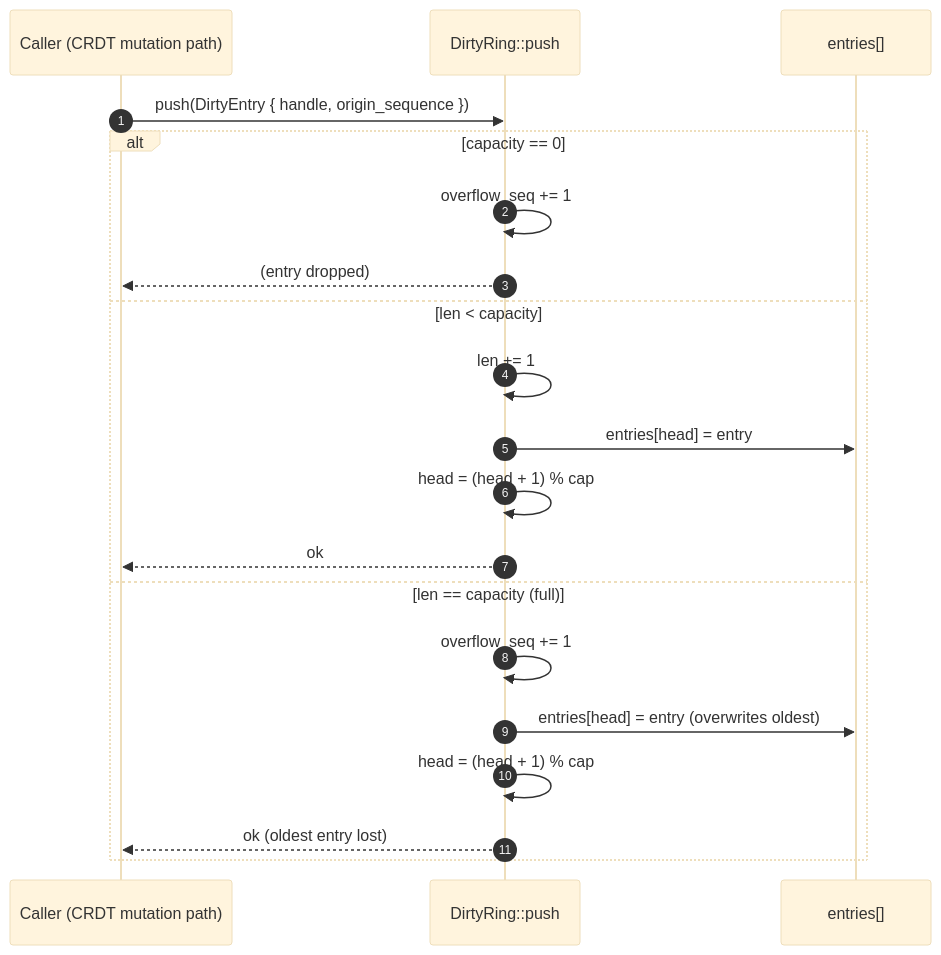
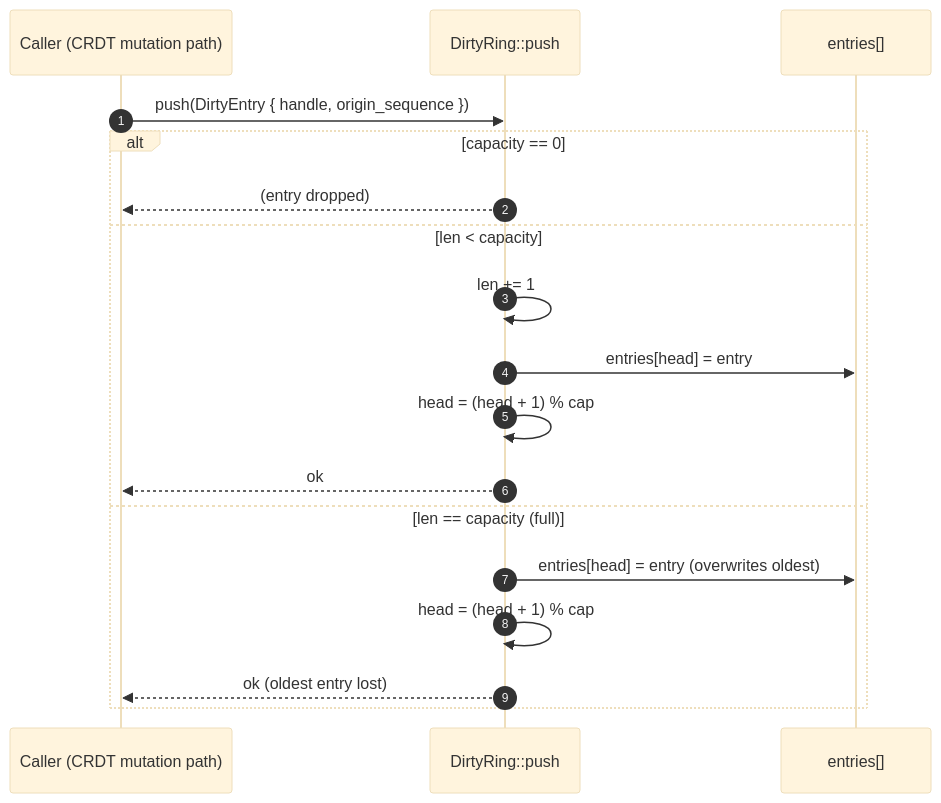
One commit to prosody-events/gabion changed diagram 11 of 22 in crates/gabion/CRDT.md. Above: the diagram before and after it, drawn with Mermaid (base theme). The commit also changed other lines of this file and 17 other files, not shown here.

````diff
--- a/crates/gabion/CRDT.md
+++ b/crates/gabion/CRDT.md
@@ -571,22 +569,20 @@
 ```mermaid
 sequenceDiagram
     autonumber
     participant App as Caller (CRDT mutation path)
     participant Push as DirtyRing::push
     participant Buf as entries[]
     App->>Push: push(DirtyEntry { handle, origin_sequence })
     alt capacity == 0
-        Push->>Push: overflow_seq += 1
         Push-->>App: (entry dropped)
     else len < capacity
         Push->>Push: len += 1
         Push->>Buf: entries[head] = entry
         Push->>Push: head = (head + 1) % cap
         Push-->>App: ok
     else len == capacity (full)
-        Push->>Push: overflow_seq += 1
         Push->>Buf: entries[head] = entry  (overwrites oldest)
         Push->>Push: head = (head + 1) % cap
         Push-->>App: ok (oldest entry lost)
     end
 ```
````
